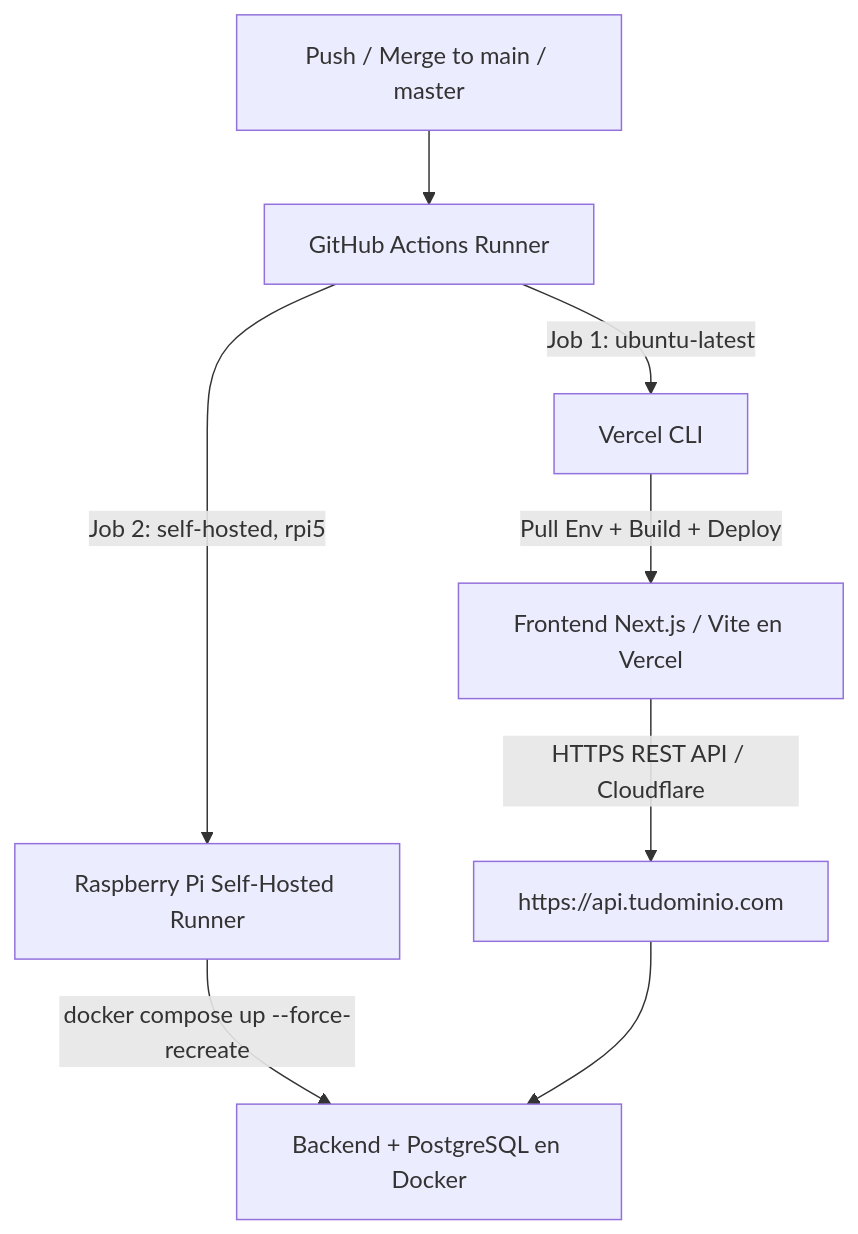
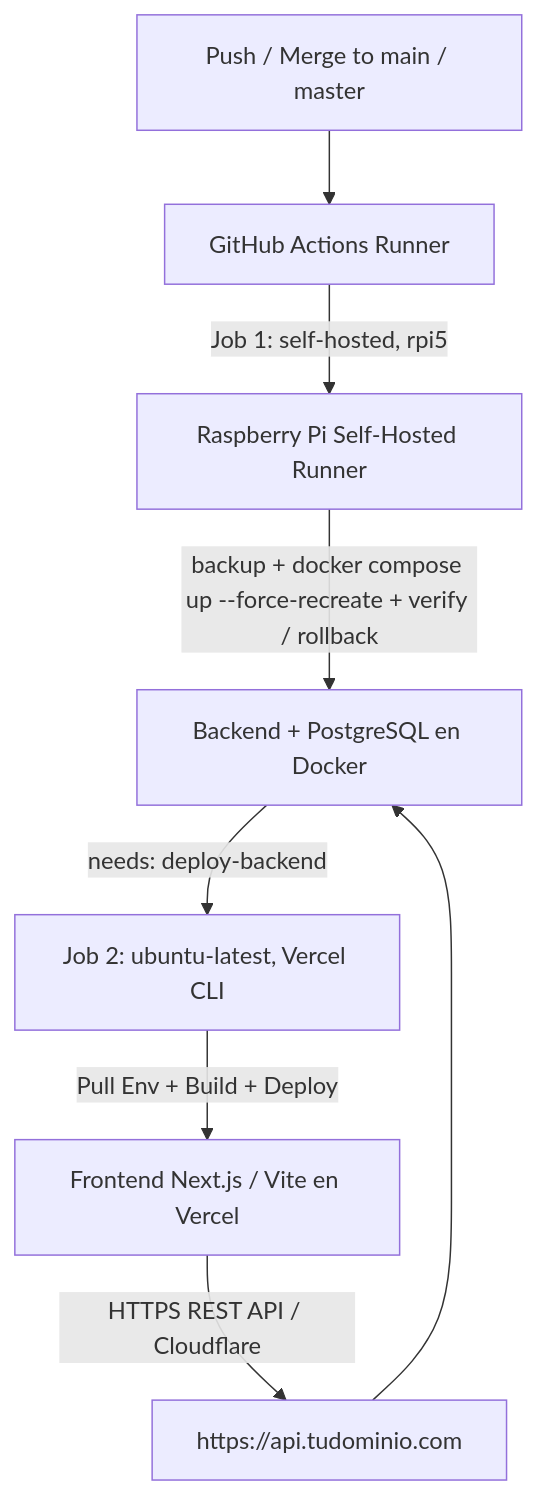
The diagram in skills/fullstack-monorepo/references/ci-cd-deployment-pipeline.md (brianpumarica/monorepo-skill), drawn with Mermaid before and after one commit. The commit also changed other lines of this file and 2 other files, not shown here.

First line of the commit message:
feat(fullstack-monorepo): portar rollback por tag, respaldo previo, poda acotada y contrato de salud

````diff
--- a/skills/fullstack-monorepo/references/ci-cd-deployment-pipeline.md
+++ b/skills/fullstack-monorepo/references/ci-cd-deployment-pipeline.md
@@ -10,10 +12,10 @@
 ```mermaid
 graph TD
     A[Push / Merge to main / master] --> B[GitHub Actions Runner]
-    B -->|Job 1: ubuntu-latest| C[Vercel CLI]
+    B -->|Job 1: self-hosted, rpi5| E[Raspberry Pi Self-Hosted Runner]
+    E -->|backup + docker compose up --force-recreate + verify / rollback| F[Backend + PostgreSQL en Docker]
+    F -->|needs: deploy-backend| C[Job 2: ubuntu-latest, Vercel CLI]
     C -->|Pull Env + Build + Deploy| D[Frontend Next.js / Vite en Vercel]
-    B -->|Job 2: self-hosted, rpi5| E[Raspberry Pi Self-Hosted Runner]
-    E -->|docker compose up --force-recreate| F[Backend + PostgreSQL en Docker]
     D -->|HTTPS REST API / Cloudflare| G[https://api.tudominio.com]
     G --> F
 ```
````
